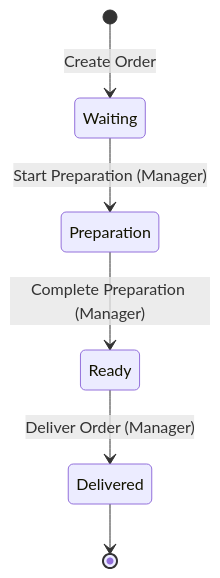
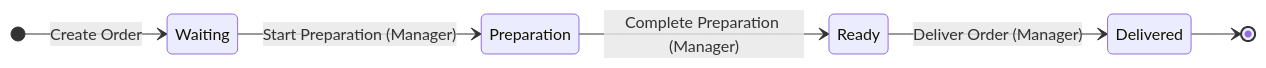
The third of 3 diagrams in CoffeeShop/docs/order/order-architecture.md (zzaia/zzaia-trio-coffee-shop), drawn with Mermaid before and after one commit. The commit also changed other lines of this file, not shown here.

````diff
--- a/CoffeeShop/docs/order/order-architecture.md
+++ b/CoffeeShop/docs/order/order-architecture.md
@@ -264,8 +235,9 @@
 ```mermaid
 stateDiagram-v2
+    direction LR
     [*] --> Waiting: Create Order
     Waiting --> Preparation: Start Preparation (Manager)
     Preparation --> Ready: Complete Preparation (Manager)
     Ready --> Delivered: Deliver Order (Manager)
     Delivered --> [*]
 ```
````
